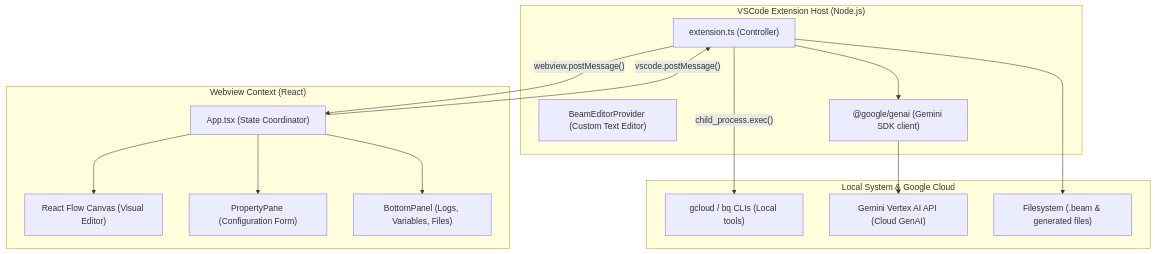
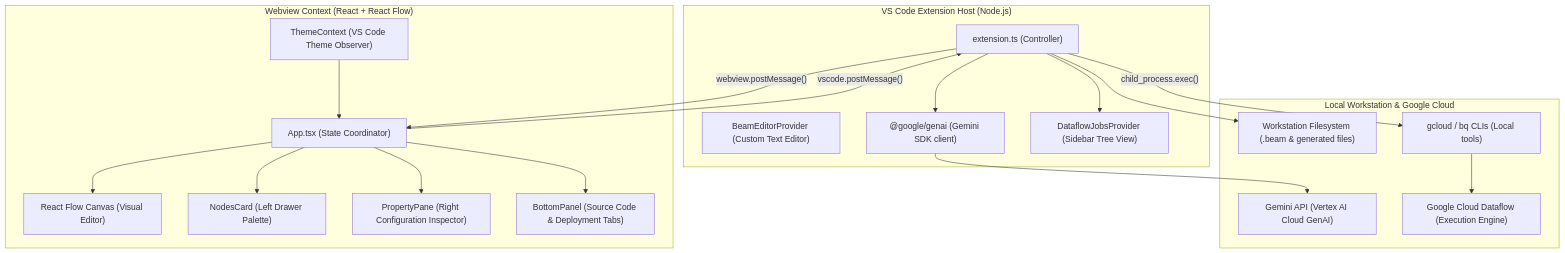
One commit to mnimer/beam-designer-fork changed the first of 2 diagrams in ARCHITECTURE.md. Above: the diagram before and after it, drawn with Mermaid. The commit also changed other lines of this file and 1 other file, not shown here.

Commit message:
docs: add UI/UX DESIGN.md specification and update ARCHITECTURE.md

````diff
--- a/ARCHITECTURE.md
+++ b/ARCHITECTURE.md
@@ -14,38 +16,46 @@
 ```mermaid
 graph TD
-    subgraph "VSCode Extension Host (Node.js)"
+    subgraph "VS Code Extension Host (Node.js)"
         Ext["extension.ts (Controller)"]
         Prov["BeamEditorProvider (Custom Text Editor)"]
         GenAI["@google/genai (Gemini SDK client)"]
+        Tree["DataflowJobsProvider (Sidebar Tree View)"]
     end
 
-    subgraph "Webview Context (React)"
+    subgraph "Webview Context (React + React Flow)"
         App["App.tsx (State Coordinator)"]
         Flow["React Flow Canvas (Visual Editor)"]
-        Props["PropertyPane (Configuration Form)"]
-        Bottom["BottomPanel (Logs, Variables, Files)"]
+        Palette["NodesCard (Left Drawer Palette)"]
+        Props["PropertyPane (Right Configuration Inspector)"]
+        Bottom["BottomPanel (Source Code & Deployment Tabs)"]
+        Theme["ThemeContext (VS Code Theme Observer)"]
     end
 
-    subgraph "Local System & Google Cloud"
+    subgraph "Local Workstation & Google Cloud"
+        Disk["Workstation Filesystem (.beam & generated files)"]
         CLI["gcloud / bq CLIs (Local tools)"]
-        GeminiAPI["Gemini Vertex AI API (Cloud GenAI)"]
-        Disk["Filesystem (.beam & generated files)"]
+        GeminiAPI["Gemini API (Vertex AI Cloud GenAI)"]
+        Dataflow["Google Cloud Dataflow (Execution Engine)"]
     end
 
     %% Webview Internal Communication
     App --> Flow
+    App --> Palette
     App --> Props
     App --> Bottom
+    Theme --> App
 
-    %% IPC Bridge (VSCode Webview Message Channel)
+    %% IPC Bridge (VS Code Webview Message Channel)
     App -- "vscode.postMessage()" --> Ext
     Ext -- "webview.postMessage()" --> App
 
     %% Extension Operations
     Ext --> Disk
     Ext -- "child_process.exec()" --> CLI
     Ext --> GenAI
+    Ext --> Tree
 
     %% External APIs
     GenAI --> GeminiAPI
+    CLI --> Dataflow
 ```
````
